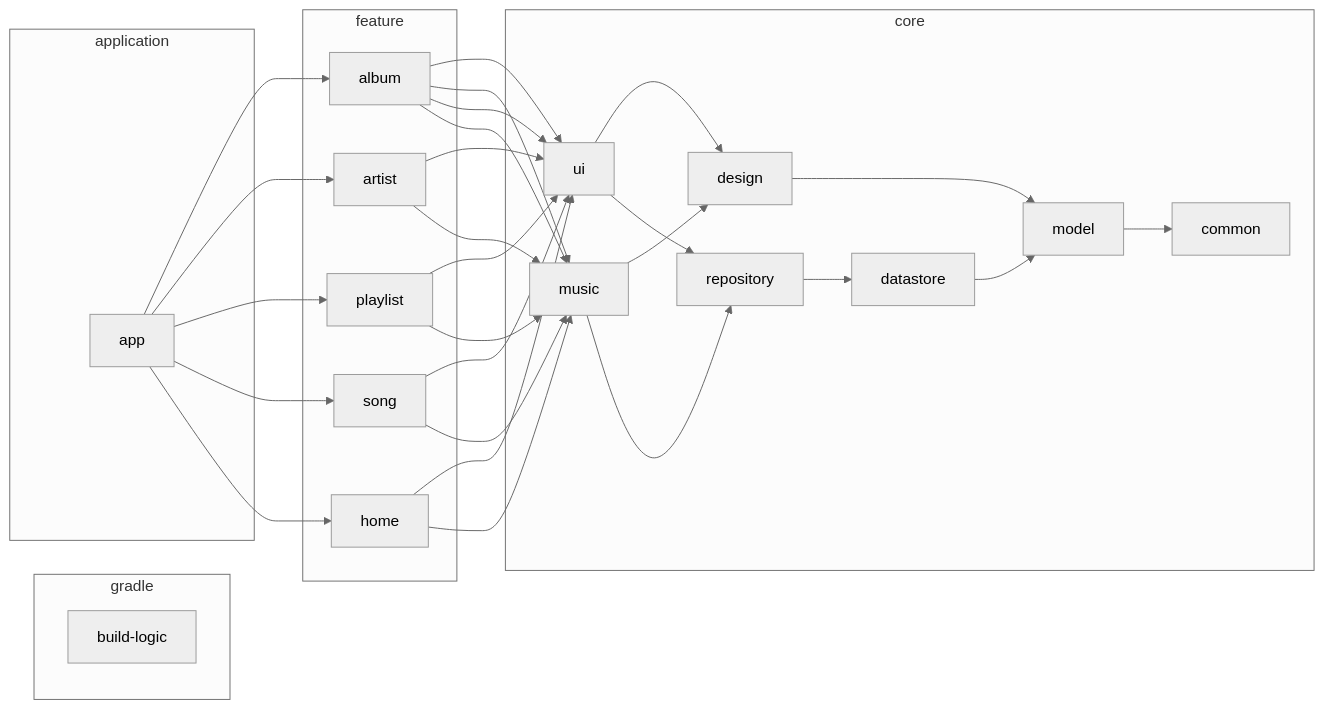
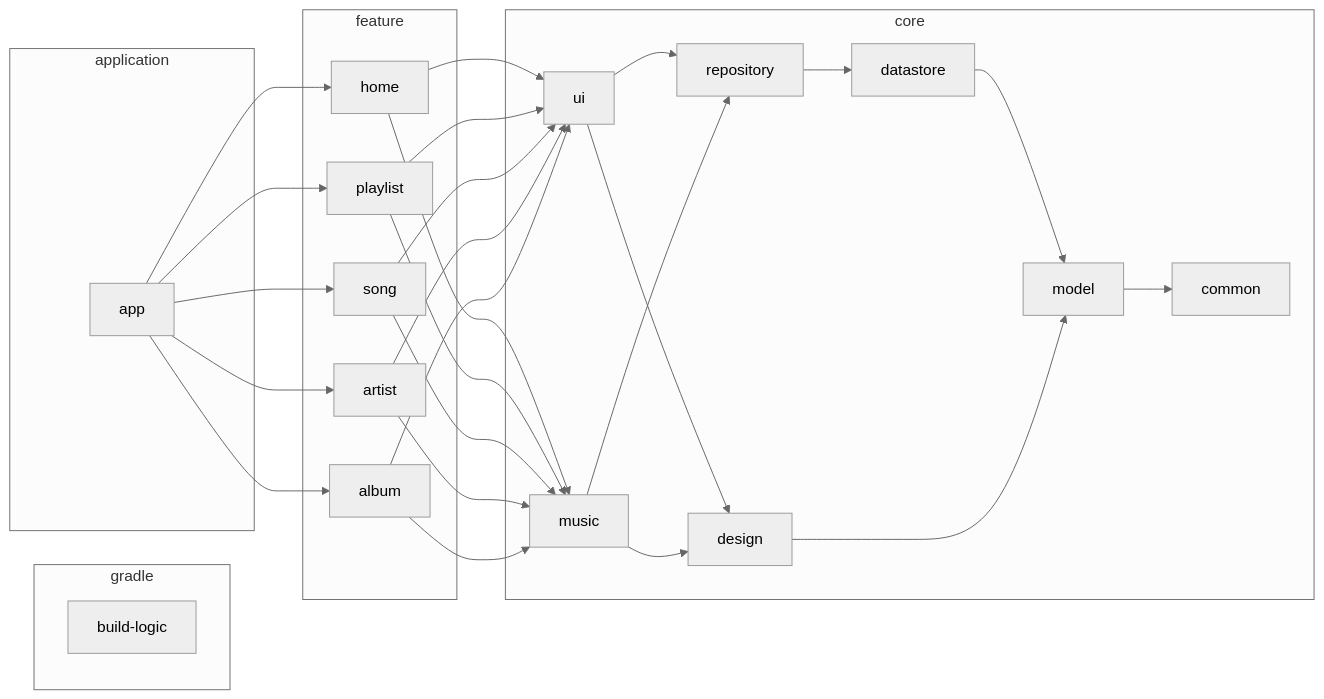
The diagram in README-ja.md (matsumo0922/Kanade), drawn with Mermaid before and after one commit.

````diff
--- a/README-ja.md
+++ b/README-ja.md
@@ -75,56 +75,54 @@
 ```mermaid
 %%{
 init: {
 'theme': 'neutral'
 }
 }%%
 
 graph LR
   subgraph gradle 
     build-logic  
   end  
   subgraph application
     app  
   end  
   subgraph core
     common
     datastore
     design
     model
     music
     repository
     ui
   end
   subgraph feature
     album
     artist
     home
     playlist
     song
   end
   app --> album
   app --> artist
   app --> playlist
   app --> song
   app --> home
   home --> ui
   home --> music
   playlist --> ui
   playlist --> music
   song --> ui
   song --> music
-  album --> ui
-  album --> music
   artist --> ui
   artist --> music
   album --> ui
   album --> music
   ui --> design
   ui --> repository
   music --> design
   music --> repository
   repository --> datastore
   datastore --> model
   design --> model
   model --> common
 ```
````
